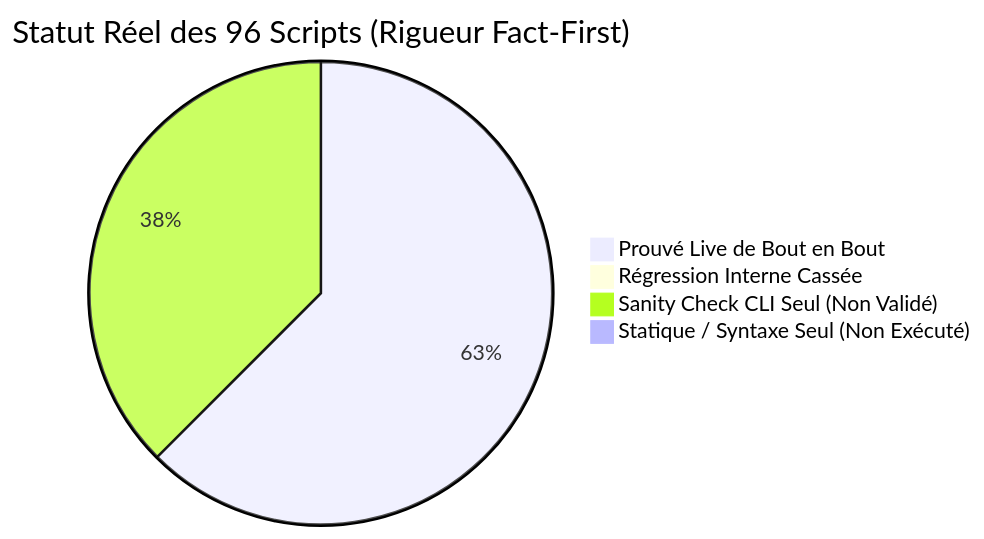
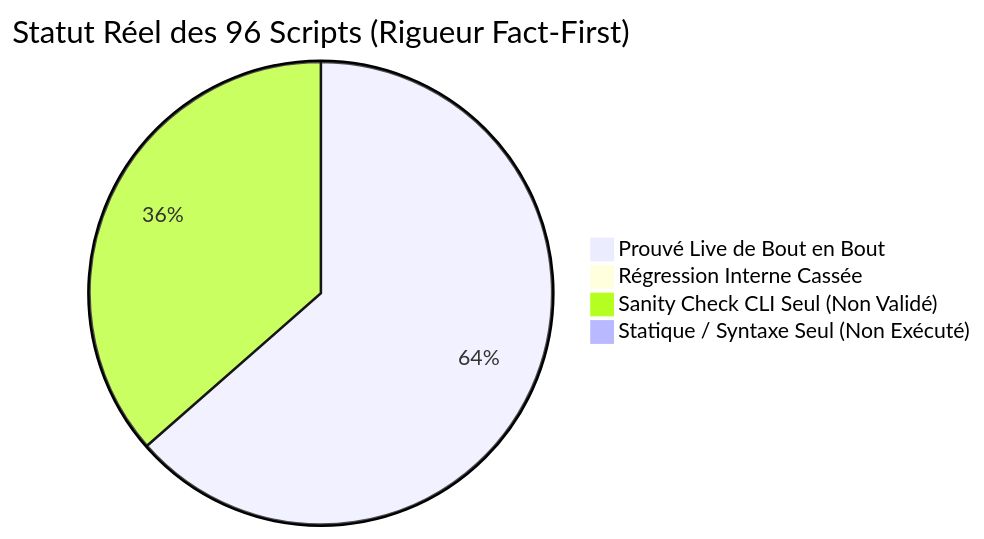
The diagram in docs/reference/2026-11-10-audit-exhaustif-scripts-regressions.md (yoyonel/pydbsrt), drawn with Mermaid before and after one commit. The commit also changed other lines of this file and 3 other files, not shown here.

First line of the commit message:
fix(tooling): dynamic root, cognitive complexity reduction and cli check mode in lint migrations (#69)

````diff
--- a/docs/reference/2026-11-10-audit-exhaustif-scripts-regressions.md
+++ b/docs/reference/2026-11-10-audit-exhaustif-scripts-regressions.md
@@ -16,7 +16,7 @@
 ```mermaid
 pie title Statut Réel des 96 Scripts (Rigueur Fact-First)
-    "Prouvé Live de Bout en Bout" : 60
+    "Prouvé Live de Bout en Bout" : 61
     "Régression Interne Cassée" : 0
-    "Sanity Check CLI Seul (Non Validé)" : 36
+    "Sanity Check CLI Seul (Non Validé)" : 35
     "Statique / Syntaxe Seul (Non Exécuté)" : 0
 ```
````
